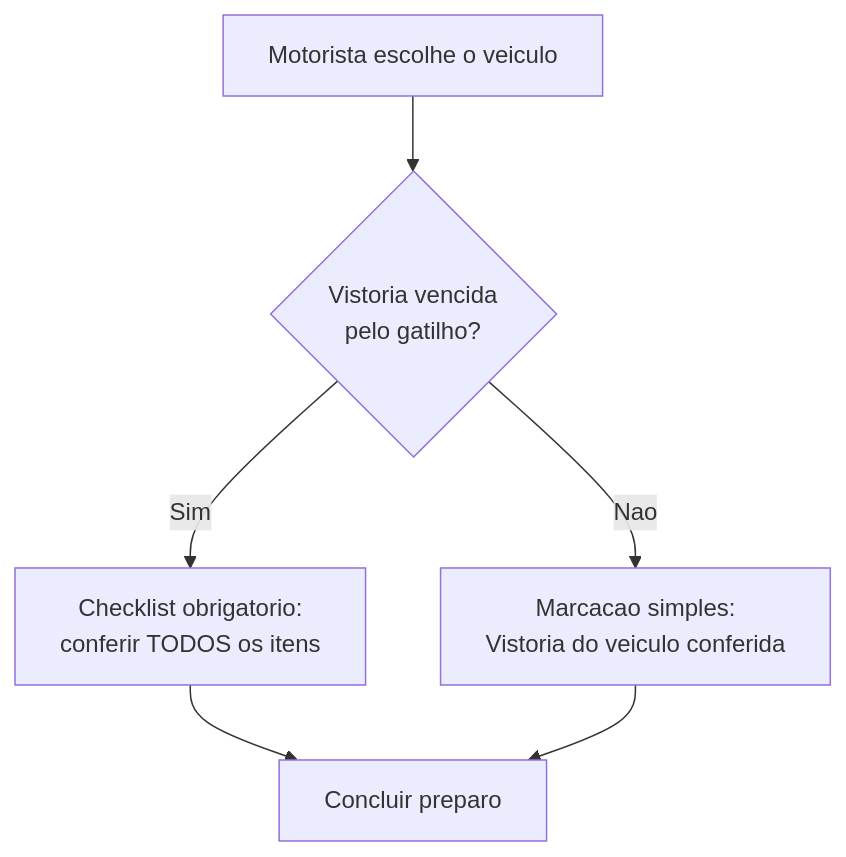
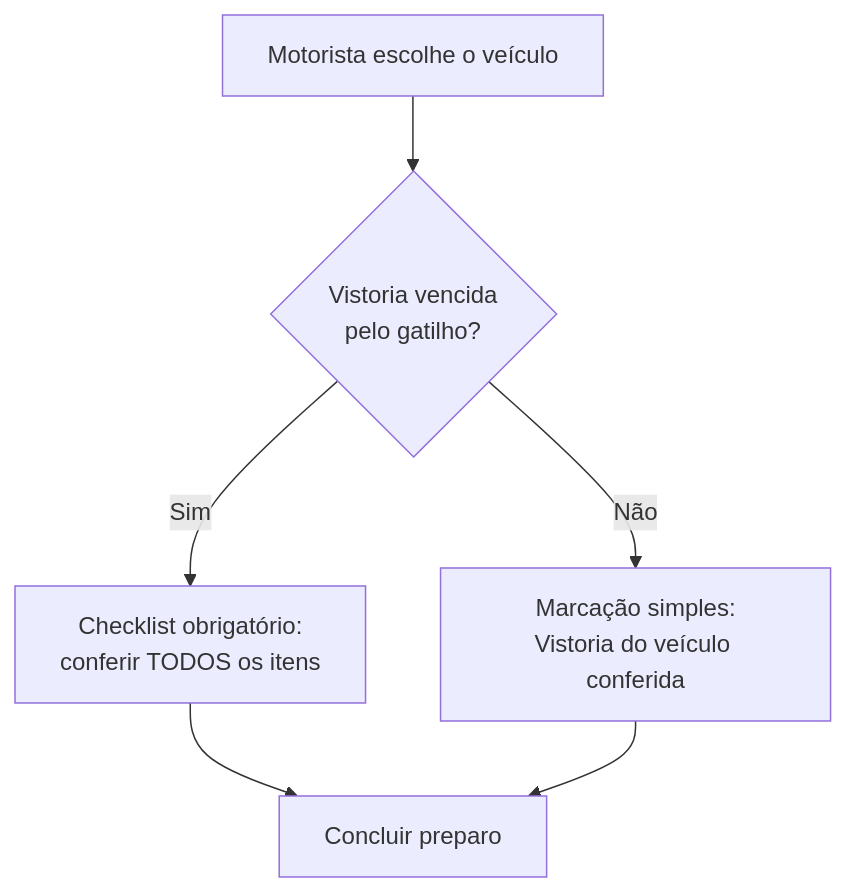
Before and after one commit to LocFlowTeam/locflow-docs: the second of 2 diagrams in cadastros/frota-vistoria.md, drawn with Mermaid. The commit also changed other lines of this file and 18 other files, not shown here.

First line of the commit message:
A frota fala de tipos de veículo e grupos, e o "?" da Frota deixa de abrir páginas que não existiam

````diff
--- a/cadastros/frota-vistoria.md
+++ b/cadastros/frota-vistoria.md
@@ -118,8 +120,8 @@
 ```mermaid
 flowchart TD
-    A[Motorista escolhe o veiculo] --> B{Vistoria vencida<br/>pelo gatilho?}
-    B -->|Sim| C[Checklist obrigatorio:<br/>conferir TODOS os itens]
-    B -->|Nao| D[Marcacao simples:<br/>Vistoria do veiculo conferida]
+    A[Motorista escolhe o veículo] --> B{Vistoria vencida<br/>pelo gatilho?}
+    B -->|Sim| C[Checklist obrigatório:<br/>conferir TODOS os itens]
+    B -->|Não| D[Marcação simples:<br/>Vistoria do veículo conferida]
     C --> E[Concluir preparo]
     D --> E
 ```
````
